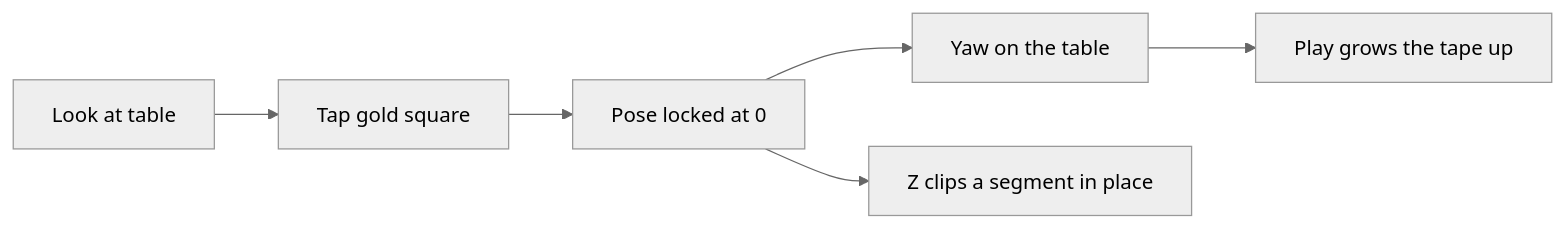
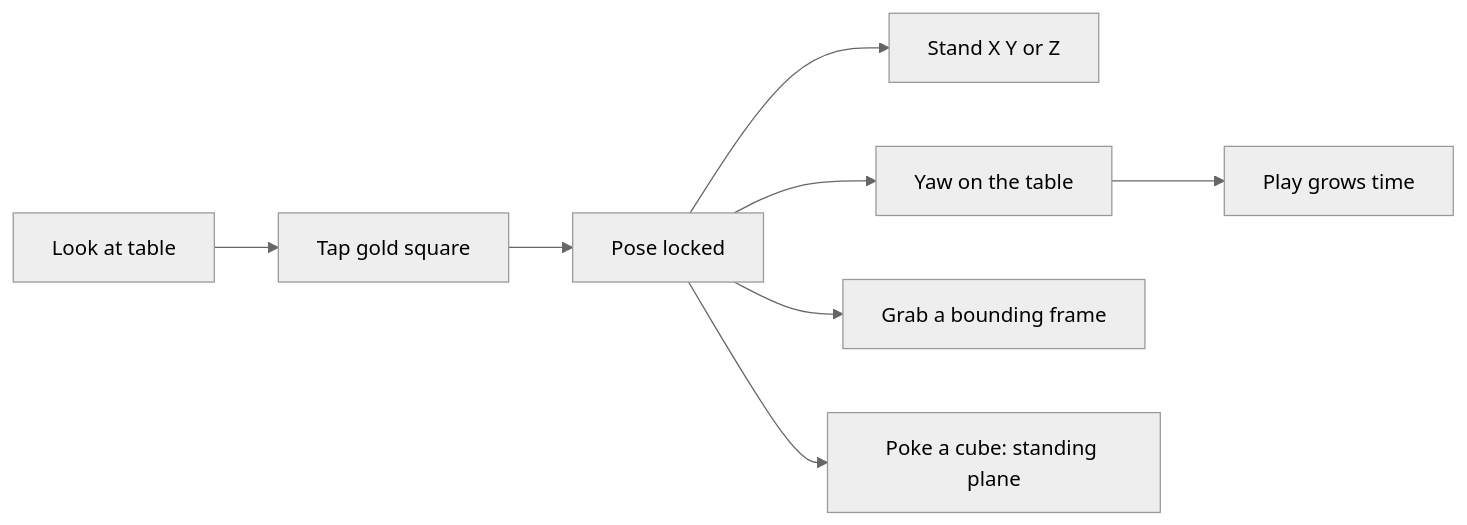
The third of 11 diagrams in docs/gui.md (PiMaV/DONNER), drawn with Mermaid (neutral theme) before and after one commit. The commit also changed other lines of this file and 33 other files, not shown here.

````diff
--- a/docs/gui.md
+++ b/docs/gui.md
@@ -61,11 +69,15 @@
 ```mermaid
 flowchart LR
   look[Look at table]
   tap2[Tap gold square]
-  lock2[Pose locked at 0]
+  lock2[Pose locked]
+  stand[Stand X Y or Z]
   yaw2[Yaw on the table]
-  play[Play grows the tape up]
-  clip[Z clips a segment in place]
+  play[Play grows time]
+  frames[Grab a bounding frame]
+  poke[Poke a cube: standing plane]
   look --> tap2 --> lock2 --> yaw2 --> play
-  lock2 --> clip
+  lock2 --> stand
+  lock2 --> frames
+  lock2 --> poke
 ```
````
